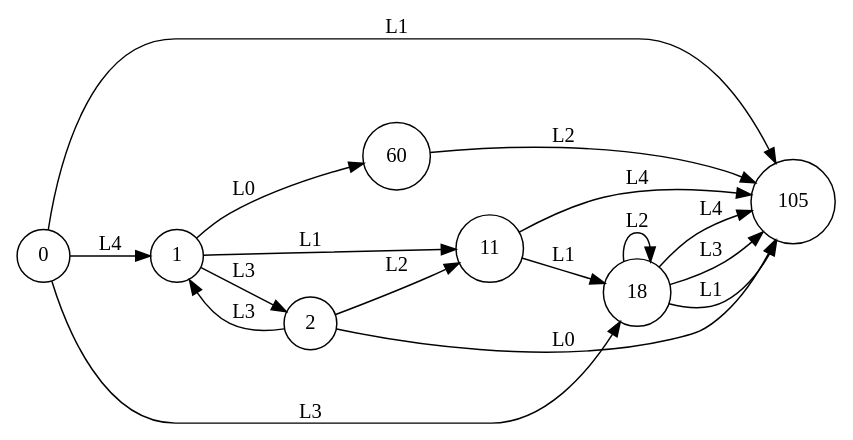
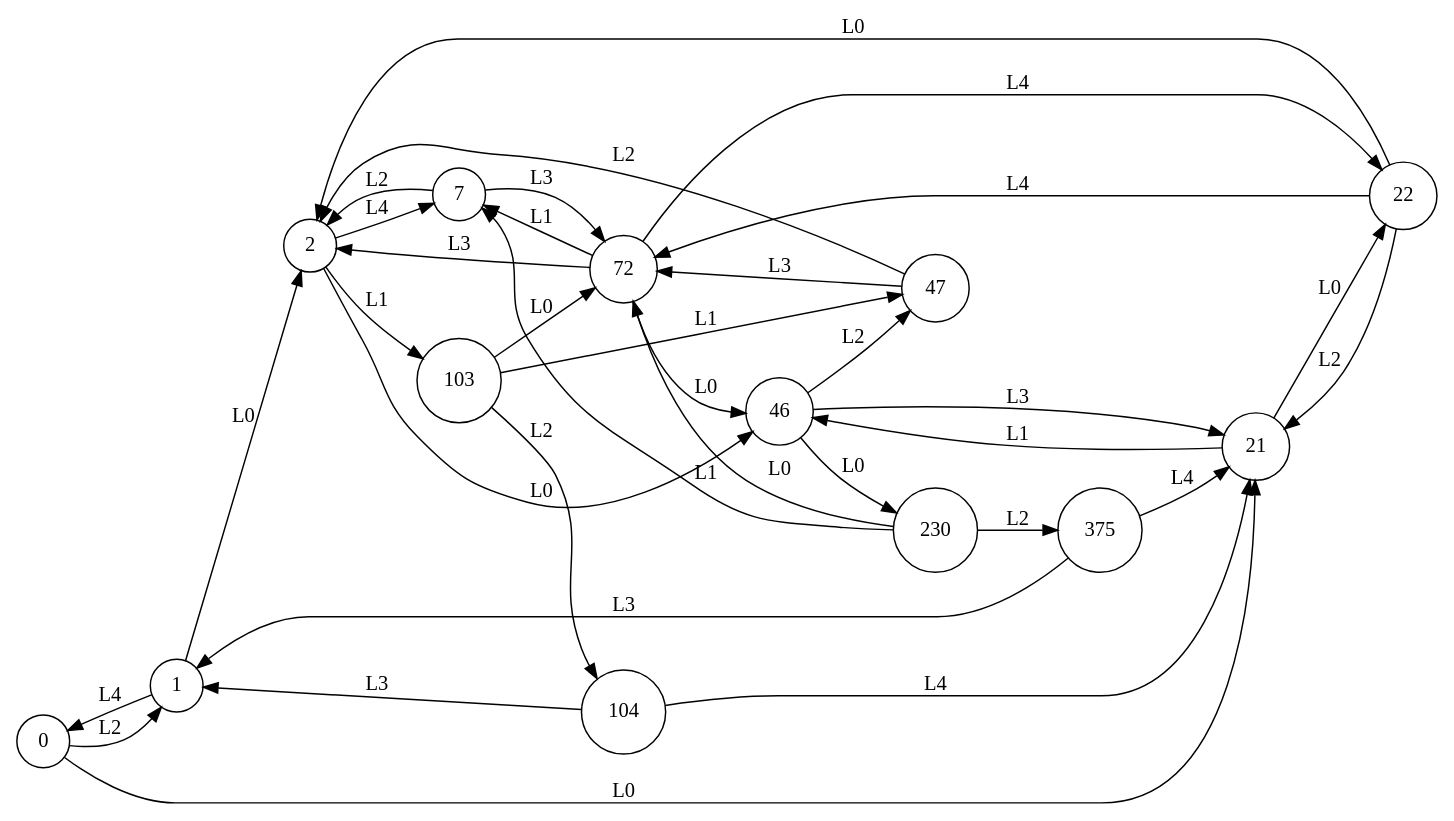
One commit to k85-ai/KB1 changed the diagram in learning_E0/learnt-automaton_10_2_5_4~2.dot. Above: the diagram before and after it, drawn with Graphviz. The commit also changed 403 other files, not shown here.

Commit message:
rerun basic edsm model and upload figure

```diff
--- a/learning_E0/learnt-automaton_10_2_5_4~2.dot
+++ b/learning_E0/learnt-automaton_10_2_5_4~2.dot
@@ -1,26 +1,49 @@
 digraph learntMachine {
   rankdir=LR;
   0 [shape=circle, label="0"];
   1 [shape=circle, label="1"];
   2 [shape=circle, label="2"];
-  11 [shape=circle, label="11"];
-  18 [shape=circle, label="18"];
-  60 [shape=circle, label="60"];
-  105 [shape=circle, label="105"];
-  0 -> 1 [label="L4"];
-  1 -> 2 [label="L3"];
-  2 -> 1 [label="L3"];
-  2 -> 11 [label="L2"];
-  1 -> 11 [label="L1"];
-  11 -> 18 [label="L1"];
-  0 -> 18 [label="L3"];
-  18 -> 18 [label="L2"];
-  18 -> 105 [label="L4"];
-  1 -> 60 [label="L0"];
-  60 -> 105 [label="L2"];
-  18 -> 105 [label="L3"];
-  11 -> 105 [label="L4"];
-  2 -> 105 [label="L0"];
-  0 -> 105 [label="L1"];
-  18 -> 105 [label="L1"];
+  7 [shape=circle, label="7"];
+  21 [shape=circle, label="21"];
+  22 [shape=circle, label="22"];
+  46 [shape=circle, label="46"];
+  47 [shape=circle, label="47"];
+  72 [shape=circle, label="72"];
+  103 [shape=circle, label="103"];
+  104 [shape=circle, label="104"];
+  230 [shape=circle, label="230"];
+  375 [shape=circle, label="375"];
+  0 -> 1 [label="L2"];
+  1 -> 2 [label="L0"];
+  2 -> 46 [label="L0"];
+  2 -> 7 [label="L4"];
+  7 -> 72 [label="L3"];
+  0 -> 21 [label="L0"];
+  21 -> 22 [label="L0"];
+  22 -> 2 [label="L0"];
+  1 -> 0 [label="L4"];
+  21 -> 46 [label="L1"];
+  46 -> 47 [label="L2"];
+  47 -> 2 [label="L2"];
+  22 -> 72 [label="L4"];
+  7 -> 2 [label="L2"];
+  46 -> 21 [label="L3"];
+  72 -> 2 [label="L3"];
+  22 -> 21 [label="L2"];
+  2 -> 103 [label="L1"];
+  103 -> 104 [label="L2"];
+  104 -> 21 [label="L4"];
+  103 -> 72 [label="L0"];
+  47 -> 72 [label="L3"];
+  46 -> 230 [label="L0"];
+  230 -> 72 [label="L0"];
+  230 -> 7 [label="L1"];
+  104 -> 1 [label="L3"];
+  72 -> 22 [label="L4"];
+  230 -> 375 [label="L2"];
+  72 -> 7 [label="L1"];
+  103 -> 47 [label="L1"];
+  375 -> 1 [label="L3"];
+  72 -> 46 [label="L0"];
+  375 -> 21 [label="L4"];
 }
```
